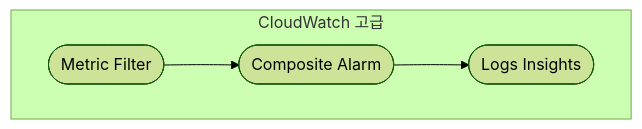
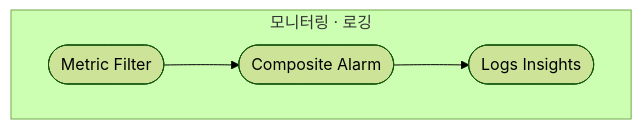
One commit to gwonmin/QuizNox_front changed the first of 6 diagrams in public/handbook/soa/overview.md. Above: the diagram before and after it, drawn with Mermaid (forest theme). The commit also changed other lines of this file and 125 other files, not shown here.

````diff
--- a/public/handbook/soa/overview.md
+++ b/public/handbook/soa/overview.md
@@ -10,9 +48,9 @@
 ```mermaid
 flowchart TB
-  subgraph cw [CloudWatch 고급]
+  subgraph monitor [모니터링 · 로깅]
     MF([Metric Filter])
     CA([Composite Alarm])
     LI([Logs Insights])
   end
   MF --> CA --> LI
 ```
````
